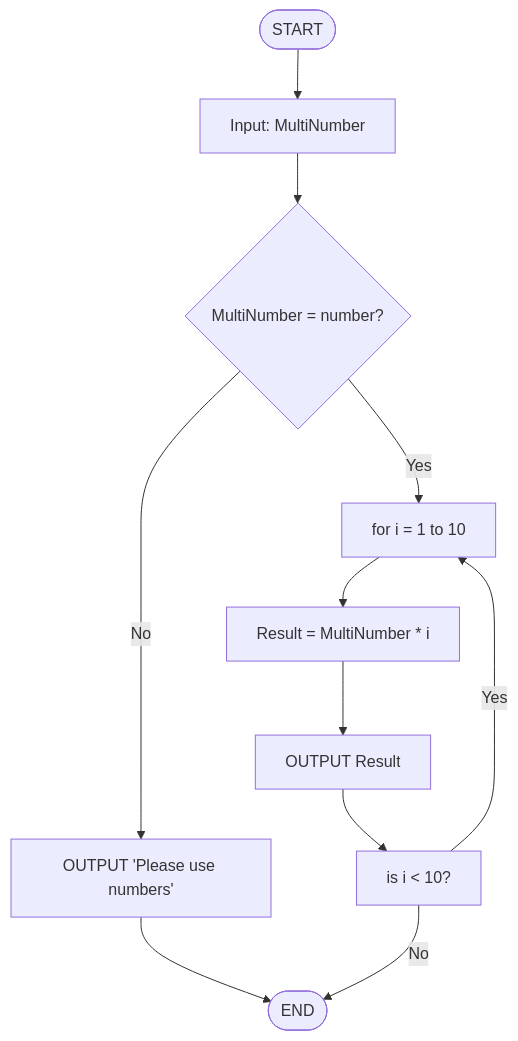
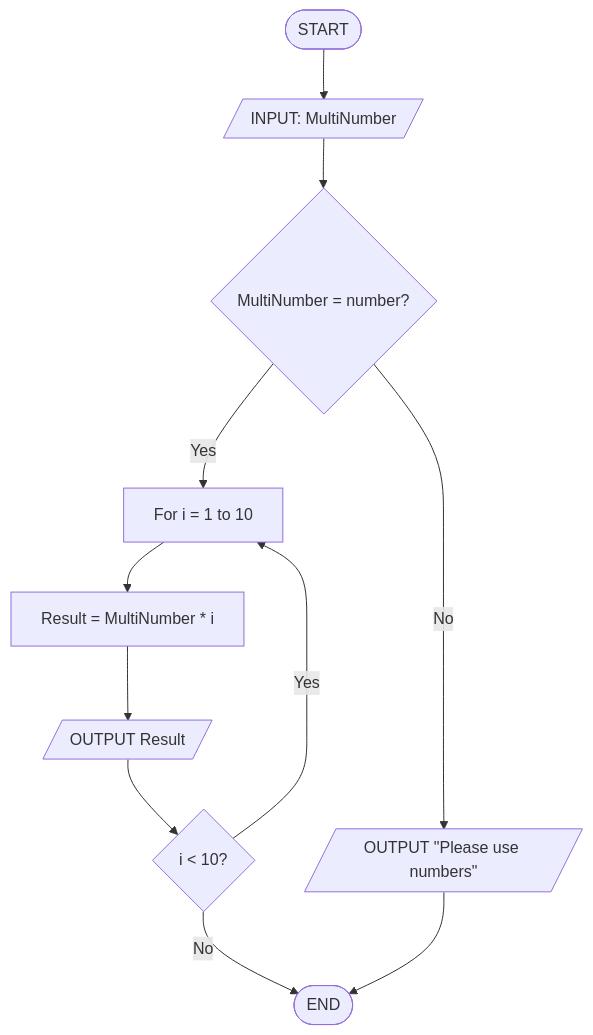
Before and after one commit to Matojotam/Workshop-Algorithm-and-flowchart: the third of 10 diagrams in README.md, drawn with Mermaid. The commit also changed other lines of this file, not shown here.

````diff
--- a/README.md
+++ b/README.md
@@ -91,13 +102,22 @@
 ```mermaid
 flowchart TB
-    START(["START"]) --> INPUT["Input: MultiNumber"]
+
+    START(["START"]) --> INPUT[/INPUT: MultiNumber/]
+
     INPUT --> CHECK{"MultiNumber = number?"}
-    CHECK -- Yes --> LOOP["for i = 1 to 10"]
+
+    CHECK -->|Yes| LOOP["For i = 1 to 10"]
+
     LOOP --> CALC["Result = MultiNumber * i"]
-    CALC --> OUTPUT1["OUTPUT Result"]
-    CHECK -- No --> OUTPUT2@{ label: "OUTPUT 'Please use numbers'" }
-    OUTPUT2 --> END(["END"])
-    OUTPUT1 --> n1["is i &lt; 10?"]
-    n1 -- Yes --> LOOP
-    n1 -- No --> END
+
+    CALC --> OUTPUT1[/OUTPUT Result/]
+
+    OUTPUT1 --> CHECKLOOP{"i < 10?"}
+
+    CHECKLOOP -->|Yes| LOOP
+    CHECKLOOP -->|No| END(["END"])
+
+    CHECK -->|No| OUTPUT2[/OUTPUT "Please use numbers"/]
+
+    OUTPUT2 --> END
 ```
````
